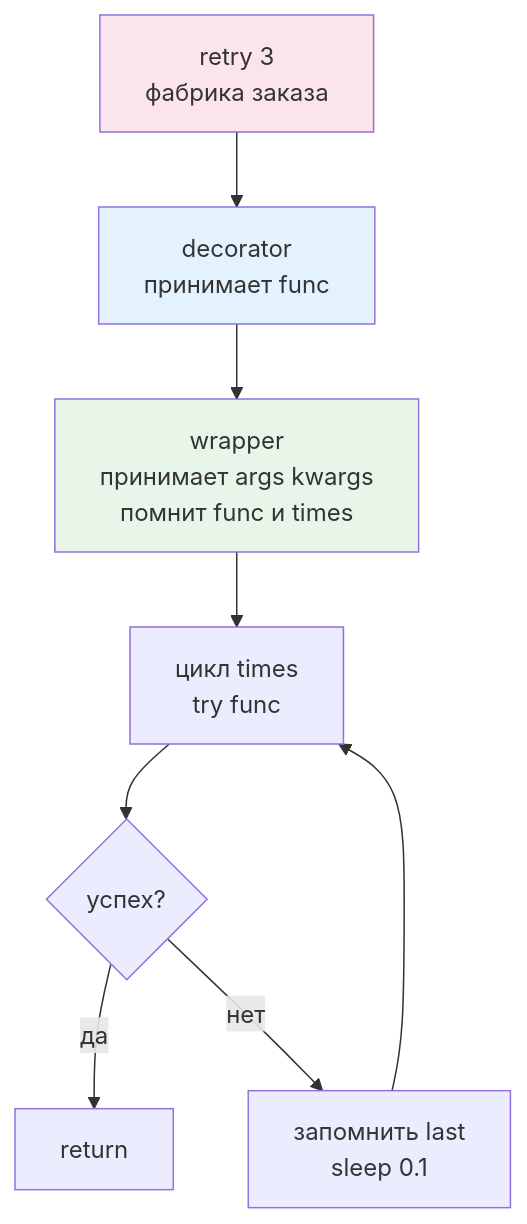
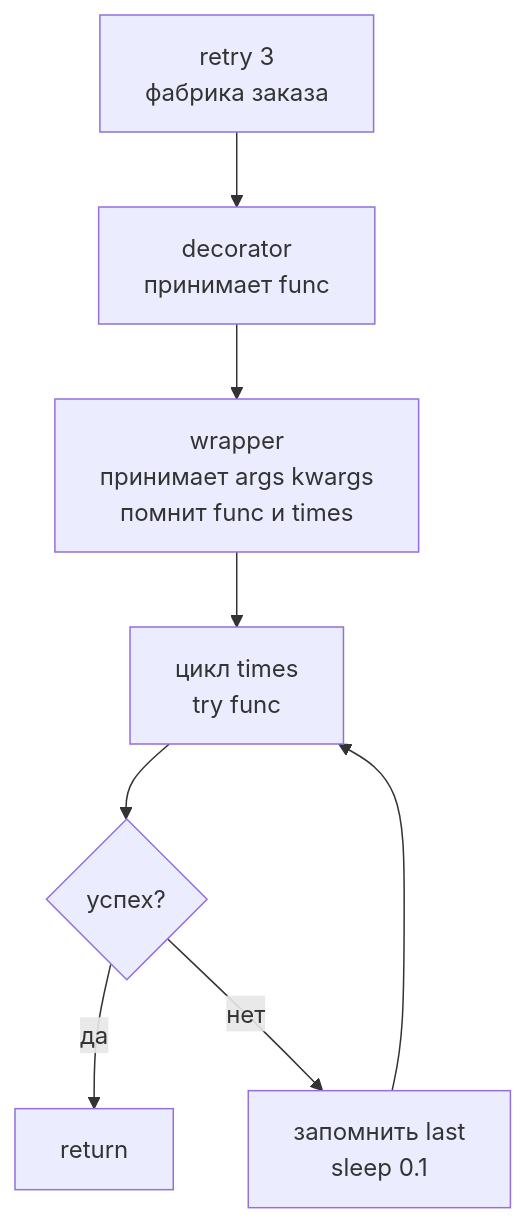
One commit to JayStorm228/College changed the fourth of 6 diagrams in 02_Курсы/01. Инженерные практики Python/01_Лекции/07. Декораторы.md. Above: the diagram before and after it, drawn with Mermaid. The commit also changed other lines of this file and 30 other files, not shown here.

First line of the commit message:
переименование NumPy лекций под академические заголовки + стандартные диаграммы

````diff
--- a/02_Курсы/01. Инженерные практики Python/01_Лекции/07. Декораторы.md
+++ b/02_Курсы/01. Инженерные практики Python/01_Лекции/07. Декораторы.md
@@ -210,16 +205,13 @@
 ```mermaid
 flowchart TD
   A[retry 3<br>фабрика заказа] --> B[decorator<br>принимает func]
   B --> C[wrapper<br>принимает args kwargs<br>помнит func и times]
   C --> D[цикл times<br>try func]
   D --> E{успех?}
   E -- да --> F[return]
   E -- нет --> G[запомнить last<br>sleep 0.1]
   G --> D
-  classDef fab fill:#fce4ec
-  classDef dec fill:#e3f2fd
-  classDef wrap fill:#e8f5e9
   class A fab
   class B dec
   class C wrap
 ```
````
